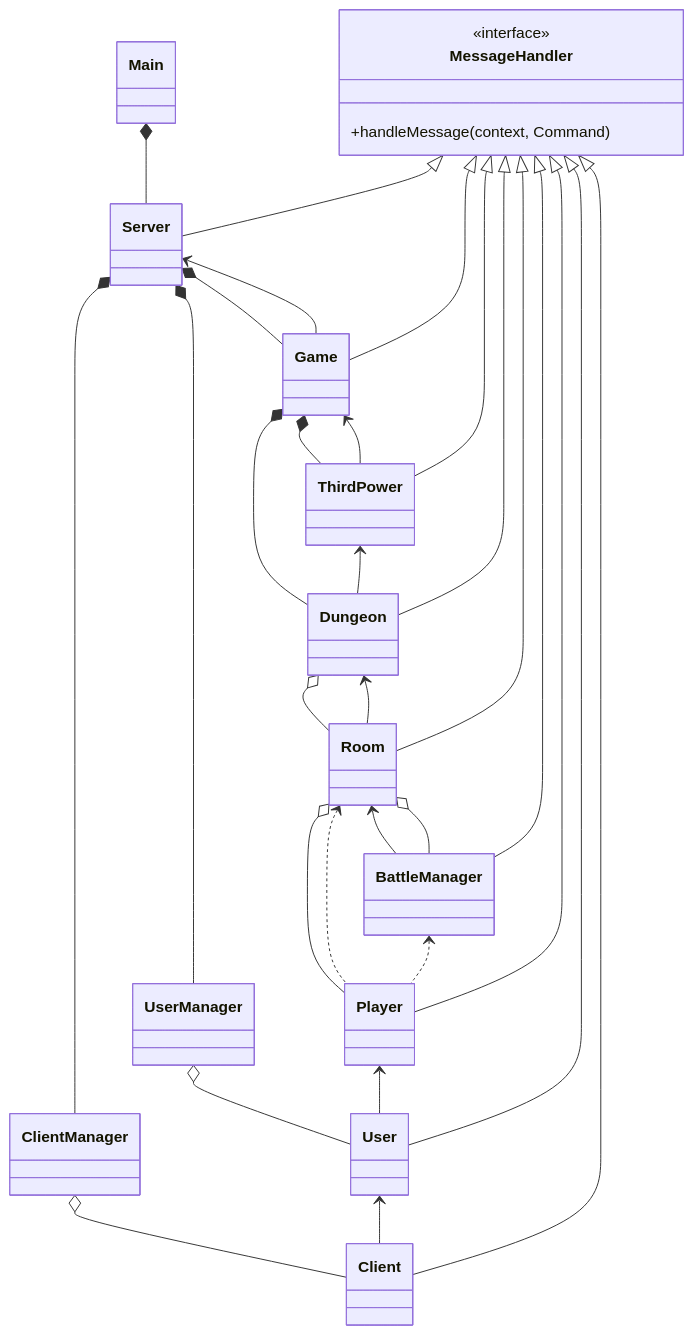
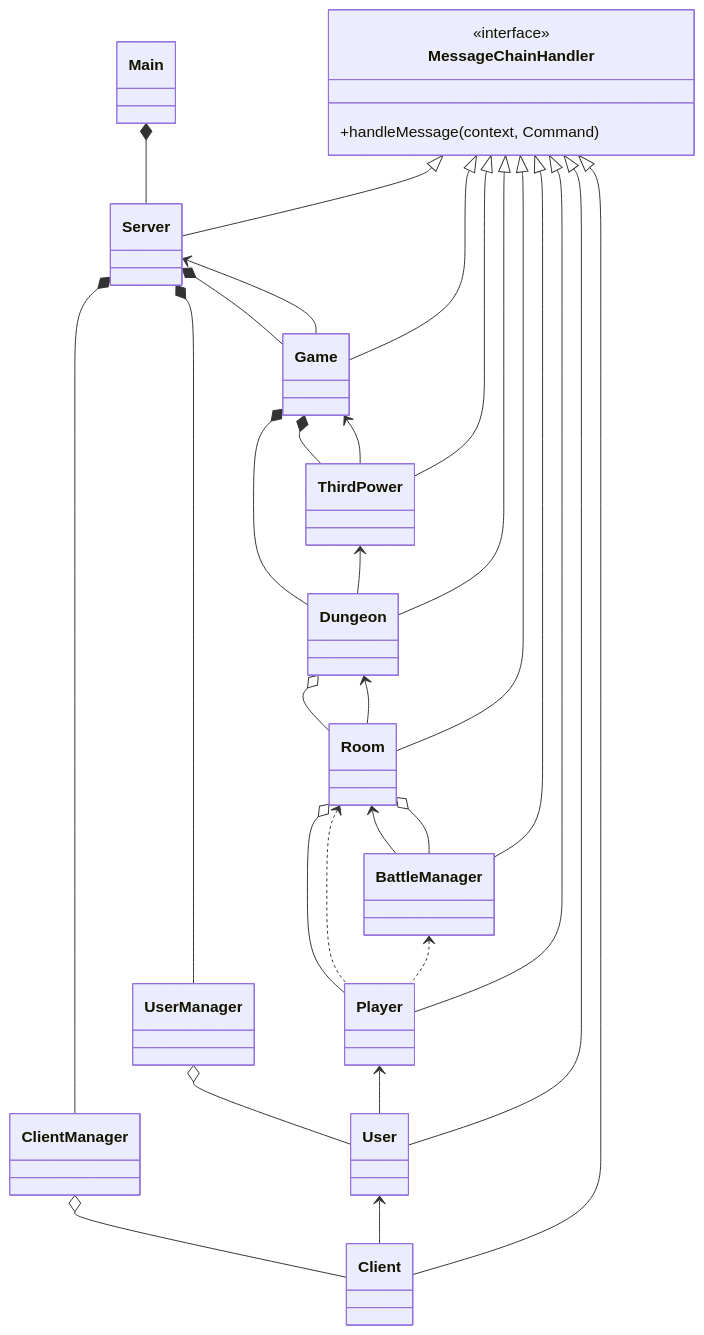
One commit to GeenDutchman/LHF-MUD changed the first of 2 diagrams in gameserver/src/main/java/com/lhf/server/serverDesign.md. Above: the diagram before and after it, drawn with Mermaid. The commit also changed 1 other file, not shown here.

Commit message:
Also in the markdown

````diff
--- a/gameserver/src/main/java/com/lhf/server/serverDesign.md
+++ b/gameserver/src/main/java/com/lhf/server/serverDesign.md
@@ -1,58 +1,58 @@
 ```mermaid
 classDiagram
-    class MessageHandler
-    <<interface>> MessageHandler
-    MessageHandler: +handleMessage(context, Command)
+    class MessageChainHandler
+    <<interface>> MessageChainHandler
+    MessageChainHandler: +handleMessage(context, Command)
     class Main
     class Server
     class UserManager
     class User
     class ClientManager
     class Client
     class Game
     class ThirdPower
     class Dungeon
     class Room
     class Player
     class BattleManager    
 
     Main *-- Server
     Server *-- ClientManager
     Server *-- UserManager
     Server *-- Game
 
     UserManager o-- User
     ClientManager o-- Client
 
 
     Game *-- ThirdPower
 
     Game *-- Dungeon
 
     Dungeon o-- Room
 
     Room o-- Player
 
     User <-- Client
     Player <-- User
     Room <.. Player
     Room <-- BattleManager
     BattleManager <.. Player
     Dungeon <-- Room
     ThirdPower <-- Dungeon
     Game <-- ThirdPower
     Server <-- Game    
 
     Room o-- BattleManager
     
-    MessageHandler <|-- BattleManager
-    MessageHandler <|-- Player
-    MessageHandler <|-- Room
-    MessageHandler <|-- Dungeon
-    MessageHandler <|-- ThirdPower
-    MessageHandler <|-- Game
-    MessageHandler <|-- Server
-    MessageHandler <|-- User
-    MessageHandler <|-- Client
+    MessageChainHandler <|-- BattleManager
+    MessageChainHandler <|-- Player
+    MessageChainHandler <|-- Room
+    MessageChainHandler <|-- Dungeon
+    MessageChainHandler <|-- ThirdPower
+    MessageChainHandler <|-- Game
+    MessageChainHandler <|-- Server
+    MessageChainHandler <|-- User
+    MessageChainHandler <|-- Client
 
 ```
````
